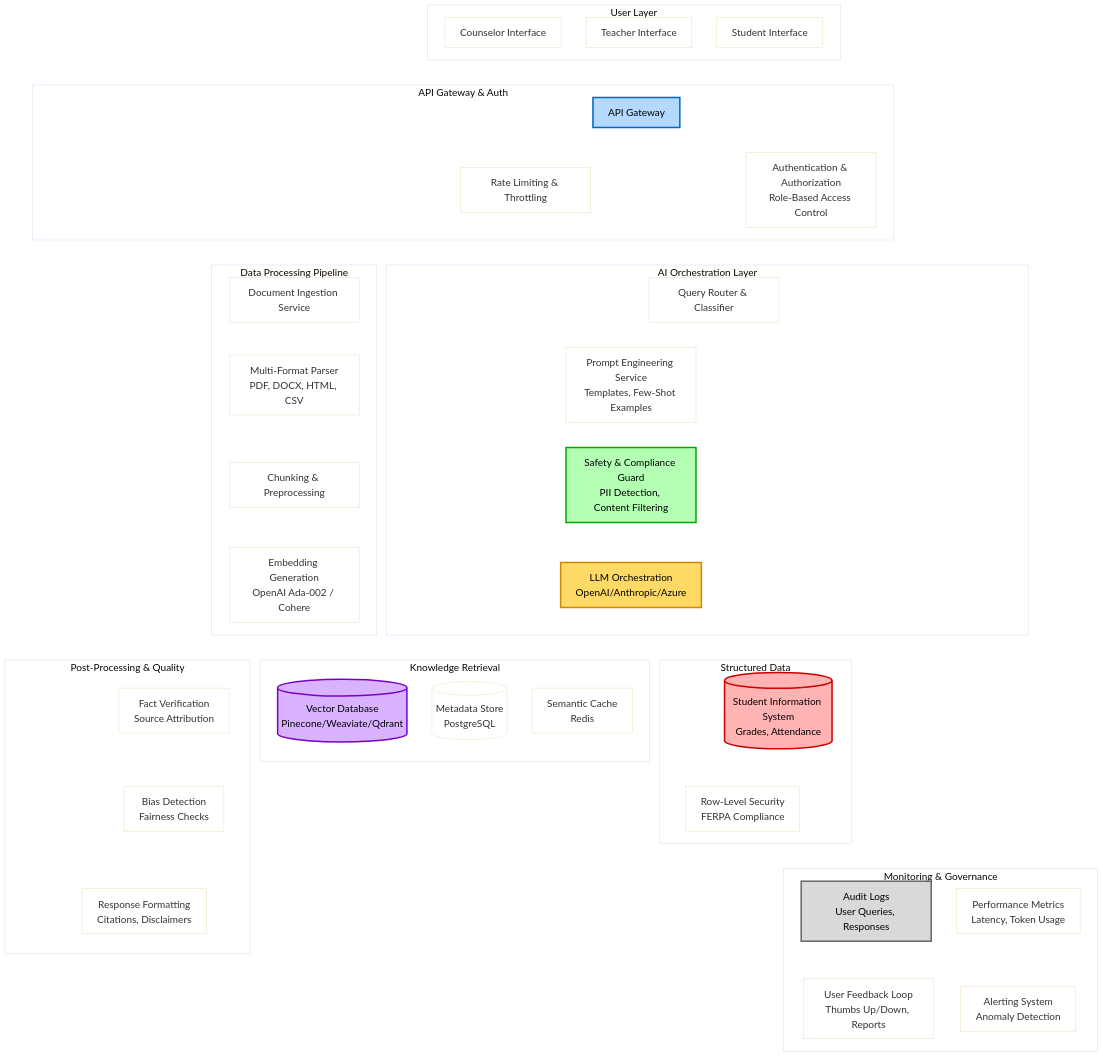
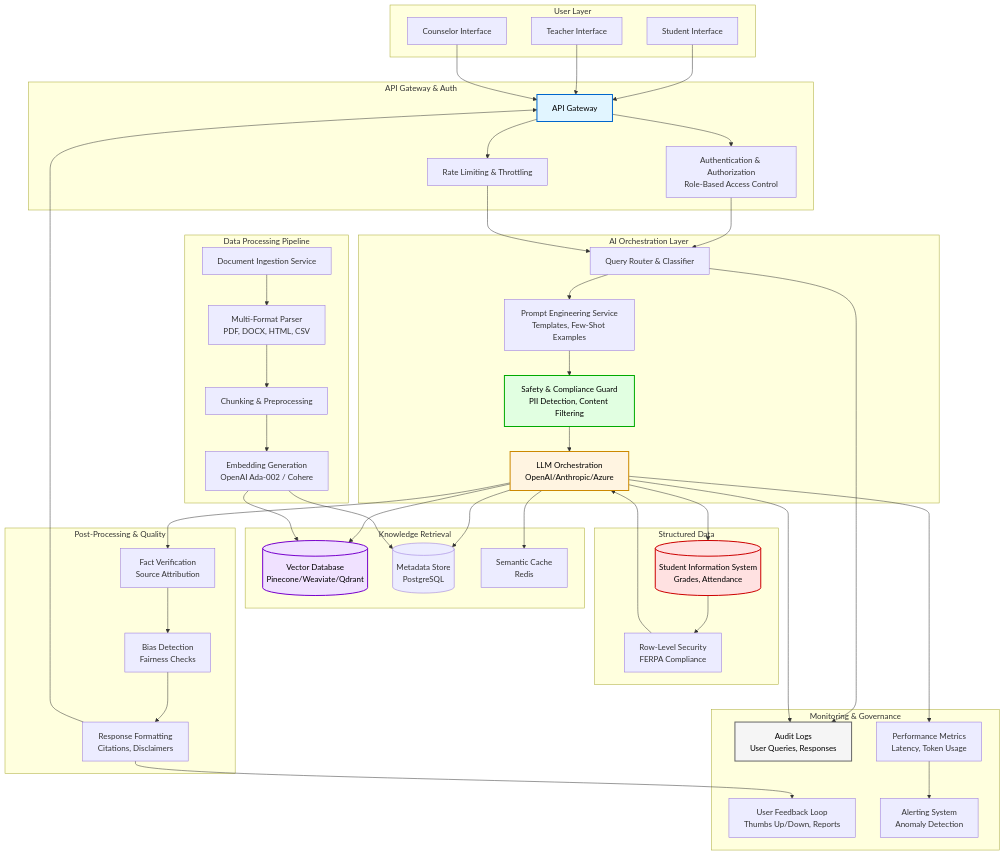
Before and after one commit to kbwillia/sparq-takehome: the diagram in ARCHITECTURE.md, drawn with Mermaid.

````diff
--- a/ARCHITECTURE.md
+++ b/ARCHITECTURE.md
@@ -5,5 +5,4 @@
 ```mermaid
-%%{init: {'theme':'base', 'themeVariables': {'fontSize':'20px', 'fontFamily':'arial', 'nodeSpacing':80, 'rankSpacing':80, 'background':'transparent', 'mainBkg':'transparent', 'clusterBkg':'transparent'}}}%%
 graph TB
     subgraph "User Layer"
         Student[Student Interface]
@@ -93,10 +92,10 @@
     Format --> Feedback
     Metrics --> Alert
 
-    style Gateway fill:#b3d9ff,stroke:#0066cc,stroke-width:3px,color:#000
-    style LLMOrch fill:#ffd966,stroke:#cc8800,stroke-width:3px,color:#000
-    style VectorDB fill:#d9b3ff,stroke:#7700cc,stroke-width:3px,color:#000
-    style StudentDB fill:#ffb3b3,stroke:#cc0000,stroke-width:3px,color:#000
-    style Guard fill:#b3ffb3,stroke:#00aa00,stroke-width:3px,color:#000
-    style Logs fill:#d9d9d9,stroke:#666666,stroke-width:3px,color:#000
+    style Gateway fill:#e1f5ff,stroke:#0066cc,stroke-width:2px,color:#000
+    style LLMOrch fill:#fff4e1,stroke:#cc8800,stroke-width:2px,color:#000
+    style VectorDB fill:#f0e1ff,stroke:#7700cc,stroke-width:2px,color:#000
+    style StudentDB fill:#ffe1e1,stroke:#cc0000,stroke-width:2px,color:#000
+    style Guard fill:#e1ffe1,stroke:#00aa00,stroke-width:2px,color:#000
+    style Logs fill:#f5f5f5,stroke:#666666,stroke-width:2px,color:#000
 ```
````
